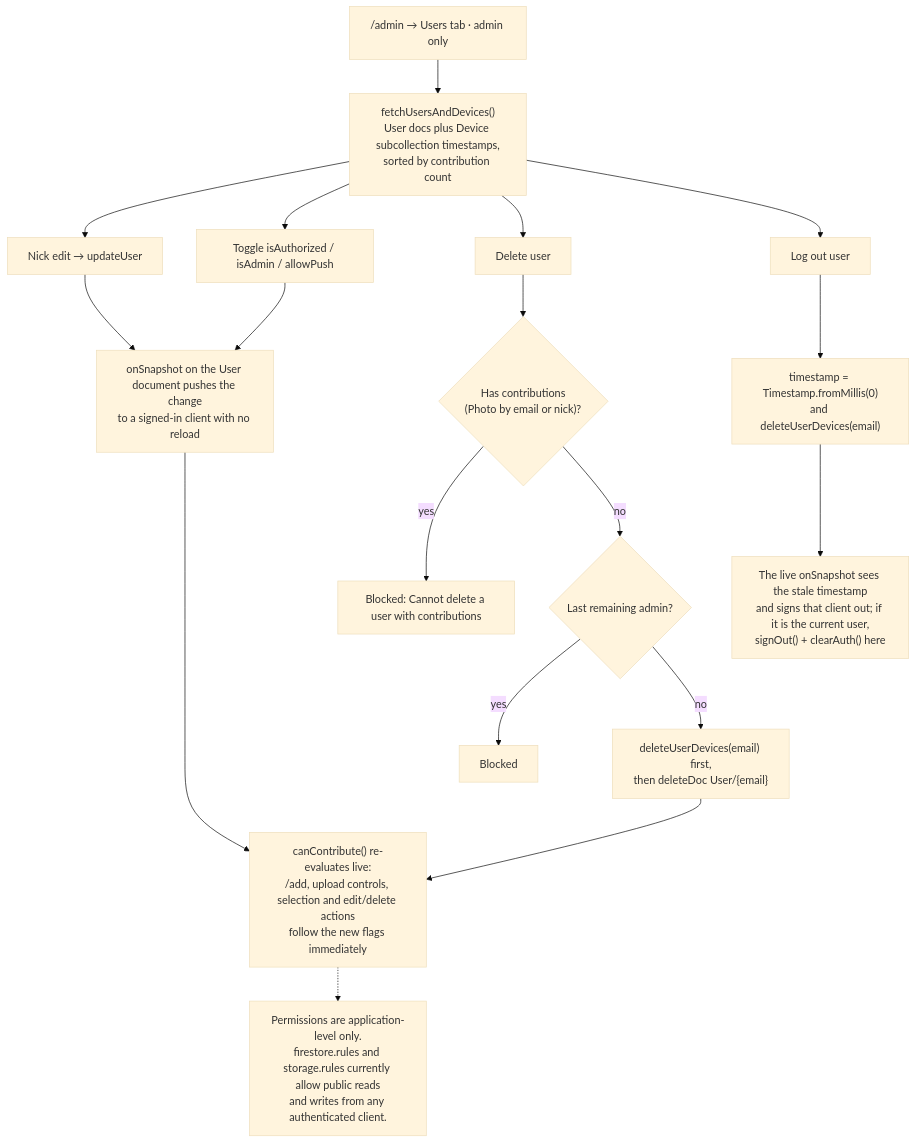
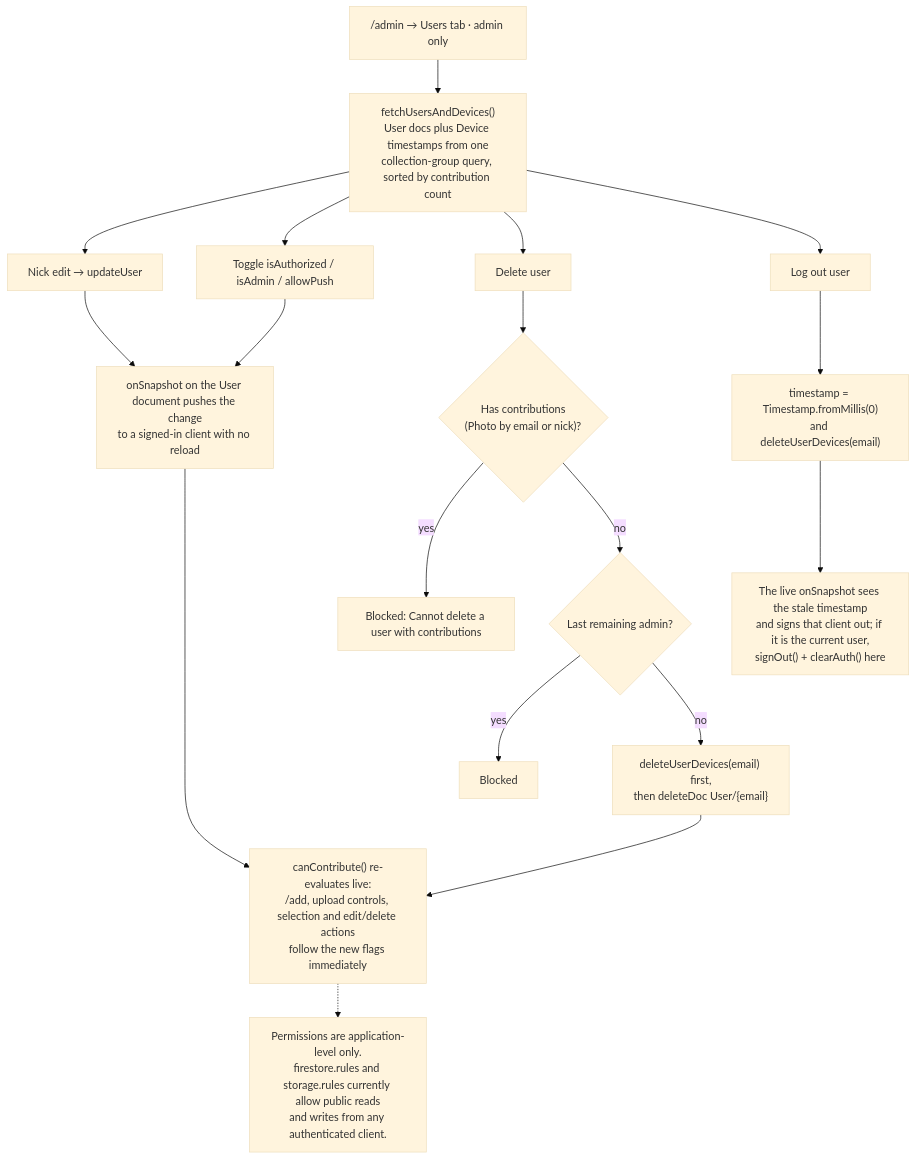
The ninth of 9 diagrams in docs/USER-FLOW.md (mandrej/andrejevici), drawn with Mermaid (base theme) before and after one commit. The commit also changed 8 other files, not shown here.

Commit message:
aggregate fetchUsersAndDevices

````diff
--- a/docs/USER-FLOW.md
+++ b/docs/USER-FLOW.md
@@ -304,26 +304,26 @@
 ```mermaid
 flowchart TD
-    A["/admin → Users tab · admin only"] --> B["fetchUsersAndDevices()<br/>User docs plus Device subcollection timestamps,<br/>sorted by contribution count"]
+    A["/admin → Users tab · admin only"] --> B["fetchUsersAndDevices()<br/>User docs plus Device timestamps from one<br/>collection-group query, sorted by contribution count"]
     B --> C["Nick edit → updateUser"]
     B --> D["Toggle isAuthorized / isAdmin / allowPush"]
     B --> E["Delete user"]
     B --> F["Log out user"]
 
     C --> G["onSnapshot on the User document pushes the change<br/>to a signed-in client with no reload"]
     D --> G
 
     E --> E1{"Has contributions<br/>(Photo by email or nick)?"}
     E1 -->|yes| E2["Blocked: Cannot delete a user with contributions"]
     E1 -->|no| E3{"Last remaining admin?"}
     E3 -->|yes| E4["Blocked"]
     E3 -->|no| E5["deleteUserDevices(email) first,<br/>then deleteDoc User/{email}"]
 
     F --> F1["timestamp = Timestamp.fromMillis(0)<br/>and deleteUserDevices(email)"]
     F1 --> F2["The live onSnapshot sees the stale timestamp<br/>and signs that client out; if it is the current user,<br/>signOut() + clearAuth() here"]
 
     G --> H["canContribute() re-evaluates live:<br/>/add, upload controls, selection and edit/delete actions<br/>follow the new flags immediately"]
     E5 --> H
 
     I["Permissions are application-level only.<br/>firestore.rules and storage.rules currently allow public reads<br/>and writes from any authenticated client."]
     H -.-> I
 ```
````
